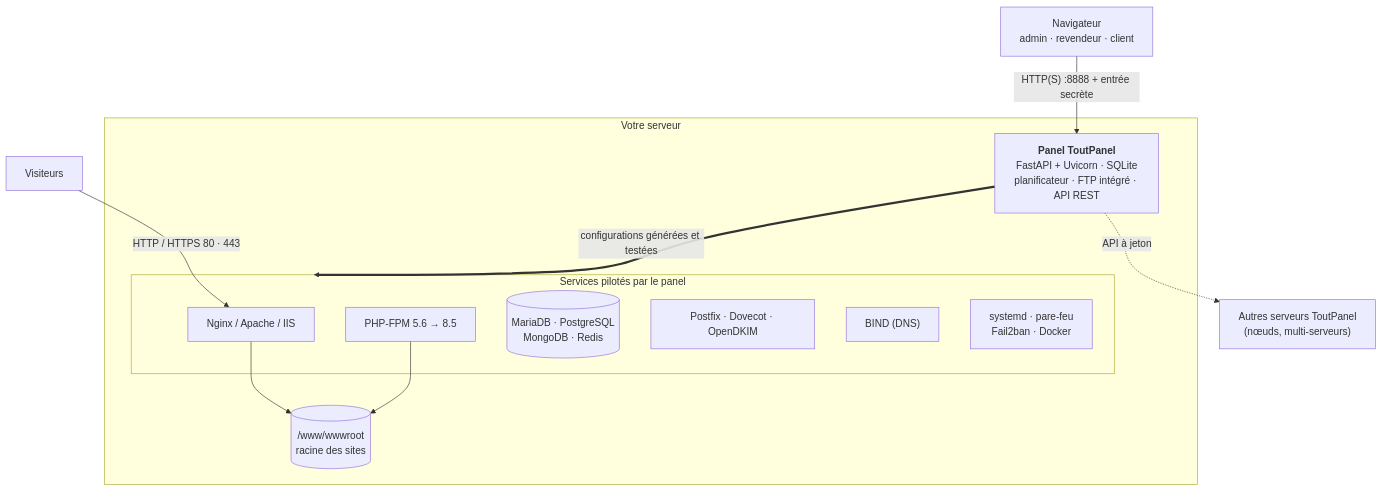
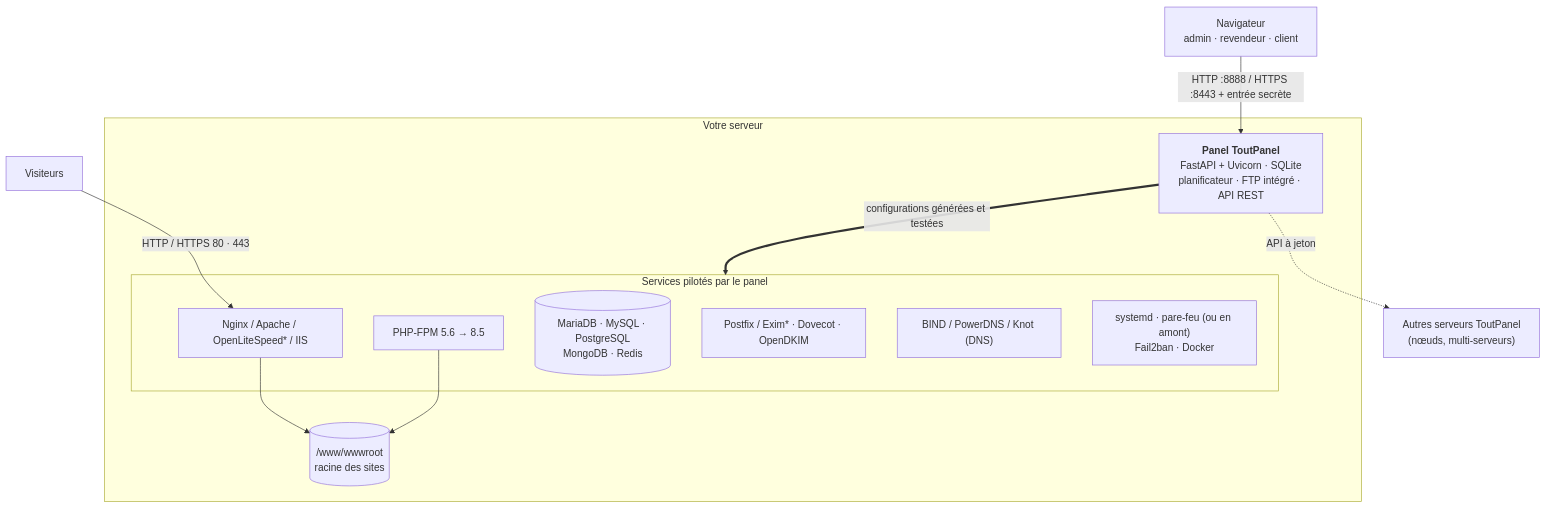
Before and after one commit to qu3ntin01/toutpanel: the diagram in README.md, drawn with Mermaid. The commit also changed other lines of this file and 36 other files, not shown here.

````diff
--- a/README.md
+++ b/README.md
@@ -233,21 +284,21 @@
 ```mermaid
 flowchart TB
-    U["Navigateur<br/>admin · revendeur · client"] -->|"HTTP(S) :8888 + entrée secrète"| P
+    U["Navigateur<br/>admin · revendeur · client"] -->|"HTTP :8888 / HTTPS :8443 + entrée secrète"| P
     V["Visiteurs"] -->|"HTTP / HTTPS 80 · 443"| W
     subgraph S["Votre serveur"]
         P["<b>Panel ToutPanel</b><br/>FastAPI + Uvicorn · SQLite<br/>planificateur · FTP intégré · API REST"]
         subgraph PILE["Services pilotés par le panel"]
-            W["Nginx / Apache / IIS"]
+            W["Nginx / Apache / OpenLiteSpeed* / IIS"]
             F["PHP-FPM 5.6 → 8.5"]
-            D[("MariaDB · PostgreSQL<br/>MongoDB · Redis")]
-            M["Postfix · Dovecot · OpenDKIM"]
-            B["BIND (DNS)"]
-            X["systemd · pare-feu<br/>Fail2ban · Docker"]
+            D[("MariaDB · MySQL · PostgreSQL<br/>MongoDB · Redis")]
+            M["Postfix / Exim* · Dovecot · OpenDKIM"]
+            B["BIND / PowerDNS / Knot (DNS)"]
+            X["systemd · pare-feu (ou en amont)<br/>Fail2ban · Docker"]
         end
         R[("/www/wwwroot<br/>racine des sites")]
         P ==>|"configurations générées et testées"| PILE
         W --> R
         F --> R
     end
     P -. "API à jeton" .-> N["Autres serveurs ToutPanel<br/>(nœuds, multi-serveurs)"]
 ```
````
